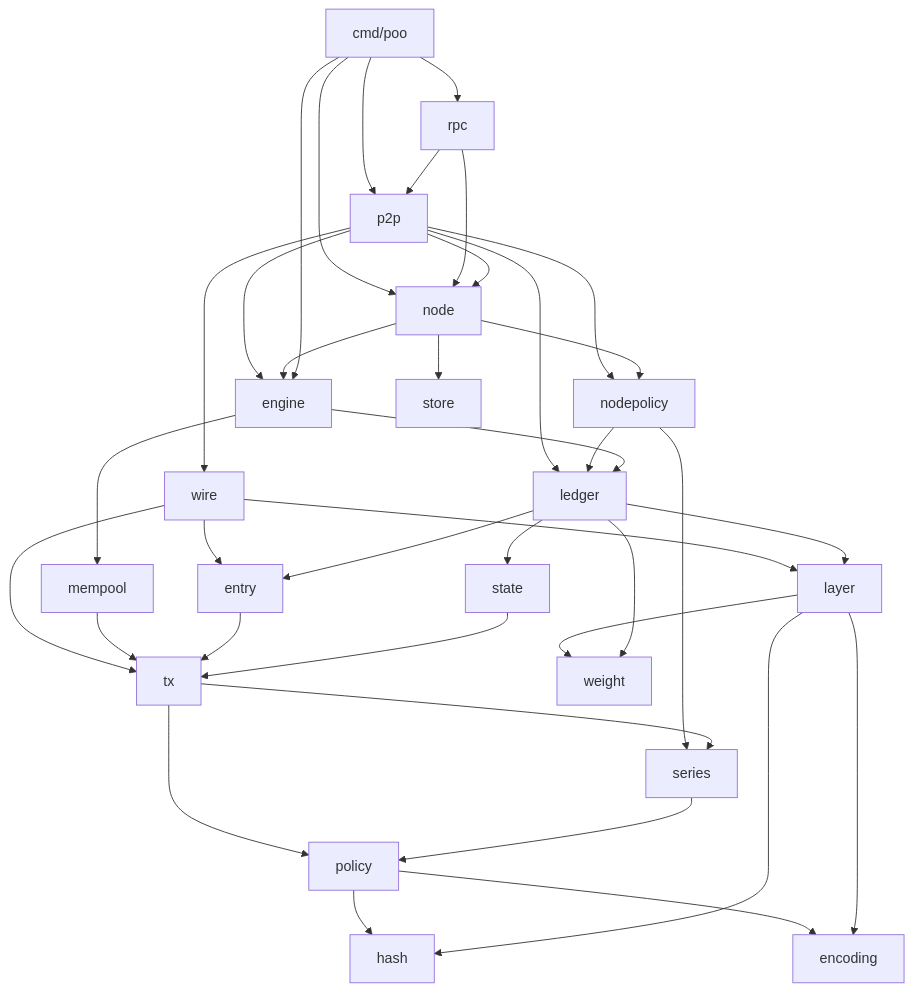
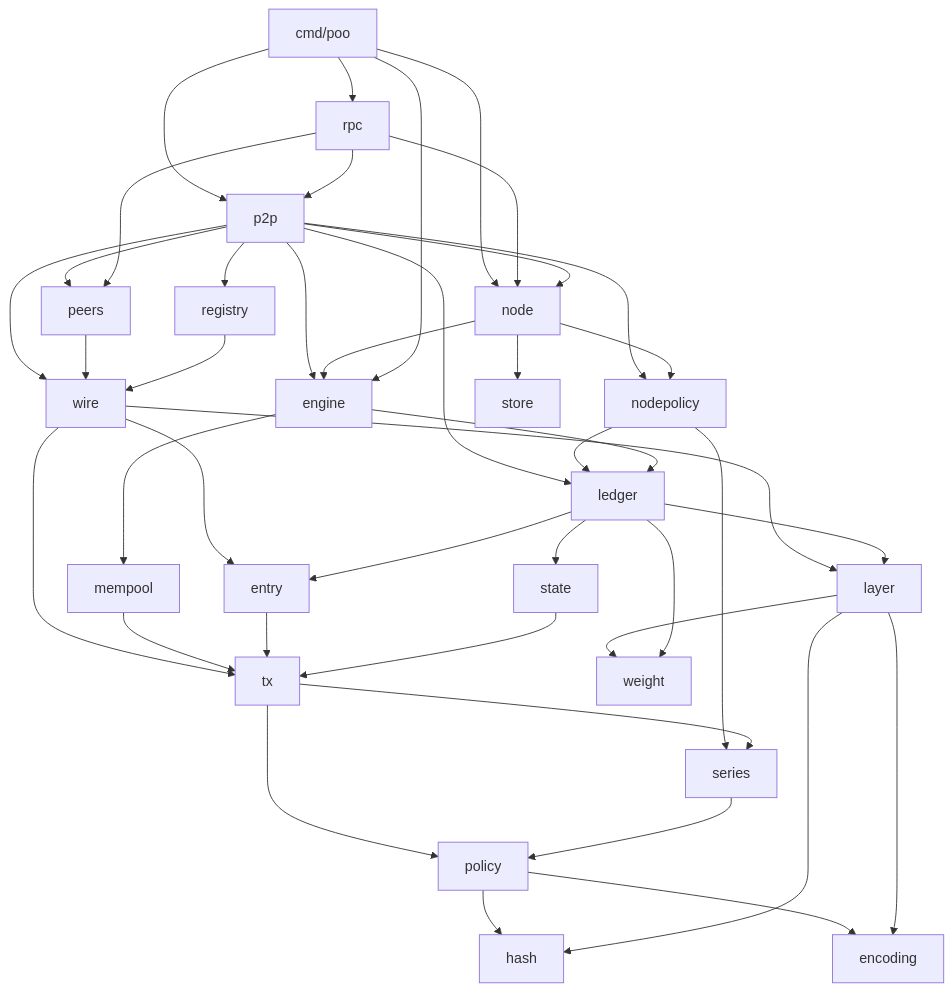
The first of 2 diagrams in docs/architecture.md (JogginTheNoggin/crypto-mint-net), drawn with Mermaid before and after one commit. The commit also changed other lines of this file and 15 other files, not shown here.

````diff
--- a/docs/architecture.md
+++ b/docs/architecture.md
@@ -22,39 +24,44 @@
 ```mermaid
 graph TD
   cmd[cmd/poo] --> rpc
   cmd --> node
   cmd --> p2p
   rpc --> node
   rpc --> p2p
   p2p --> node
   p2p --> wire
   p2p --> engine
   p2p --> ledger
   p2p --> nodepolicy
+  p2p --> peers
+  p2p --> registry
+  peers --> wire
+  registry --> wire
+  rpc --> peers
   wire --> entry
   wire --> layer
   wire --> tx
   node --> engine
   node --> store
   node --> nodepolicy
   nodepolicy --> ledger
   nodepolicy --> series
   cmd --> engine
   engine --> ledger
   engine --> mempool
   ledger --> entry
   ledger --> layer
   ledger --> state
   mempool --> tx
   entry --> tx
   state --> tx
   tx --> series
   tx --> policy
   series --> policy
   layer --> weight
   ledger --> weight
   policy --> hash
   policy --> encoding
   layer --> hash
   layer --> encoding
 ```
````
